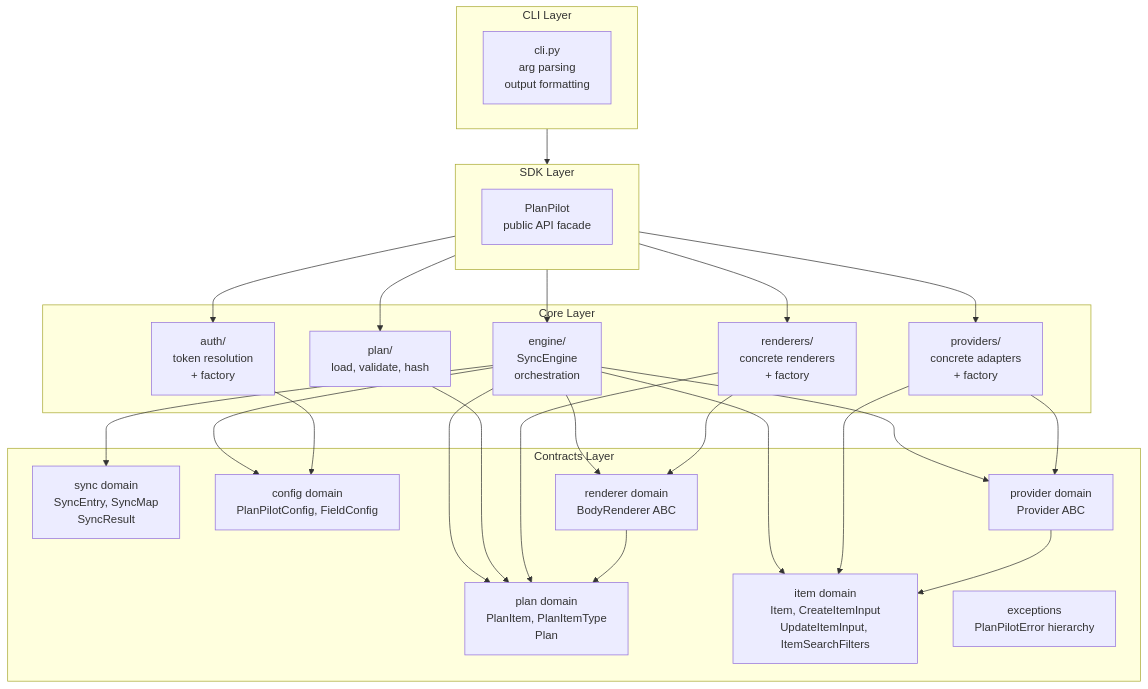
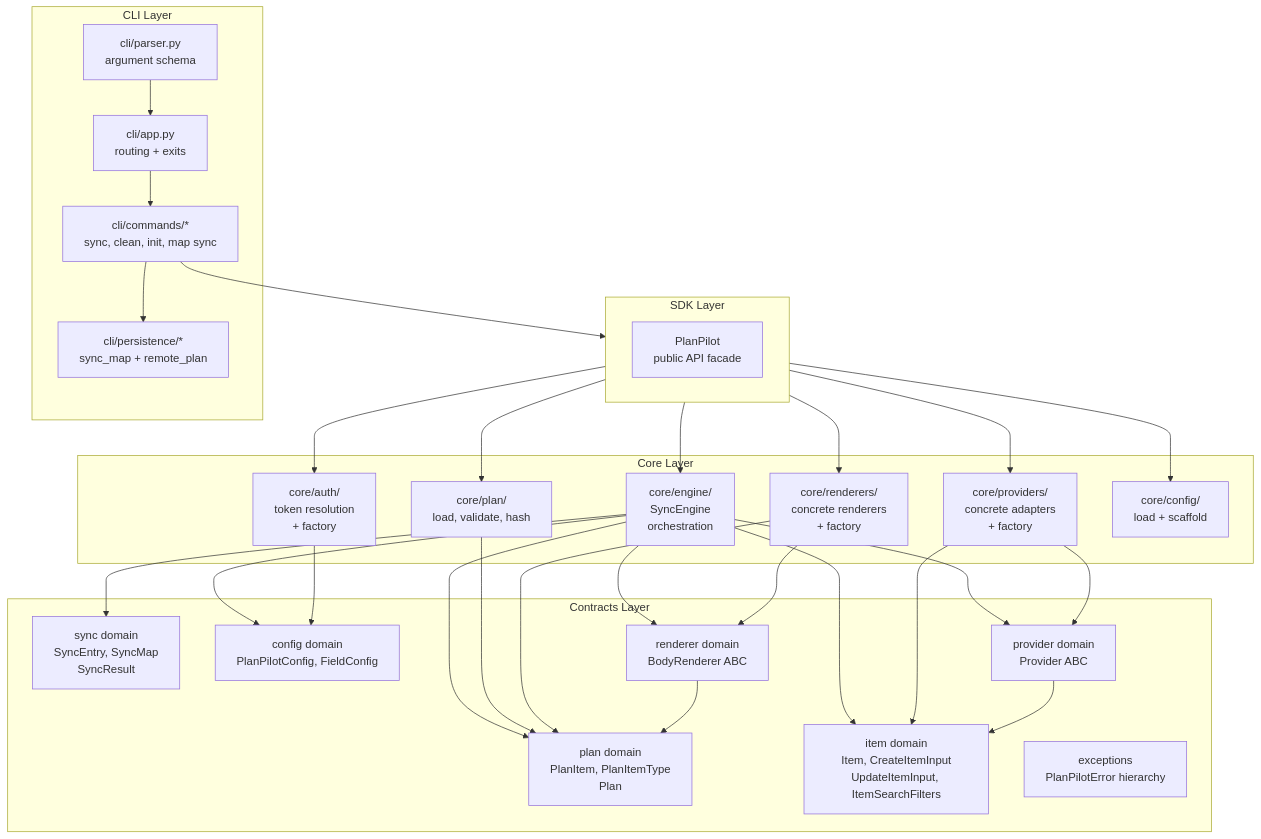
The first of 3 diagrams in docs/design/architecture.md (aryeko/planpilot), drawn with Mermaid before and after one commit. The commit also changed other lines of this file and 276 other files, not shown here.

````diff
--- a/docs/design/architecture.md
+++ b/docs/design/architecture.md
@@ -17,49 +17,57 @@
 ```mermaid
 flowchart TB
     subgraph Contracts["Contracts Layer"]
         PlanDomain["plan domain<br/>PlanItem, PlanItemType<br/>Plan"]
         ItemDomain["item domain<br/>Item, CreateItemInput<br/>UpdateItemInput, ItemSearchFilters"]
         SyncDomain["sync domain<br/>SyncEntry, SyncMap<br/>SyncResult"]
         ConfigDomain["config domain<br/>PlanPilotConfig, FieldConfig"]
         ProviderDomain["provider domain<br/>Provider ABC"]
         RendererDomain["renderer domain<br/>BodyRenderer ABC"]
         Exceptions["exceptions<br/>PlanPilotError hierarchy"]
     end
 
     subgraph Core["Core Layer"]
-        Engine["engine/<br/>SyncEngine<br/>orchestration"]
-        PlanCore["plan/<br/>load, validate, hash"]
-        Providers["providers/<br/>concrete adapters<br/>+ factory"]
-        Renderers["renderers/<br/>concrete renderers<br/>+ factory"]
-        Auth["auth/<br/>token resolution<br/>+ factory"]
+        Engine["core/engine/<br/>SyncEngine<br/>orchestration"]
+        PlanCore["core/plan/<br/>load, validate, hash"]
+        Providers["core/providers/<br/>concrete adapters<br/>+ factory"]
+        Renderers["core/renderers/<br/>concrete renderers<br/>+ factory"]
+        Auth["core/auth/<br/>token resolution<br/>+ factory"]
+        CoreConfig["core/config/<br/>load + scaffold"]
     end
 
     subgraph SDK["SDK Layer"]
         PlanPilot["PlanPilot<br/>public API facade"]
     end
 
     subgraph CLI["CLI Layer"]
-        CLIModule["cli.py<br/>arg parsing<br/>output formatting"]
+        CLIParser["cli/parser.py<br/>argument schema"]
+        CLIApp["cli/app.py<br/>routing + exits"]
+        CLICommands["cli/commands/*<br/>sync, clean, init, map sync"]
+        CLIPersistence["cli/persistence/*<br/>sync_map + remote_plan"]
     end
 
-    CLI --> SDK
+    CLIParser --> CLIApp
+    CLIApp --> CLICommands
+    CLICommands --> SDK
+    CLICommands --> CLIPersistence
     SDK --> Engine
     SDK --> PlanCore
     SDK --> Providers
     SDK --> Renderers
     SDK --> Auth
+    SDK --> CoreConfig
     Engine --> ProviderDomain
     Engine --> RendererDomain
     Engine --> PlanDomain
     Engine --> ItemDomain
     Engine --> SyncDomain
     Engine --> ConfigDomain
     PlanCore --> PlanDomain
     Providers --> ProviderDomain
     Providers --> ItemDomain
     Renderers --> RendererDomain
     Renderers --> PlanDomain
     Auth --> ConfigDomain
     RendererDomain --> PlanDomain
     ProviderDomain --> ItemDomain
 ```
````
